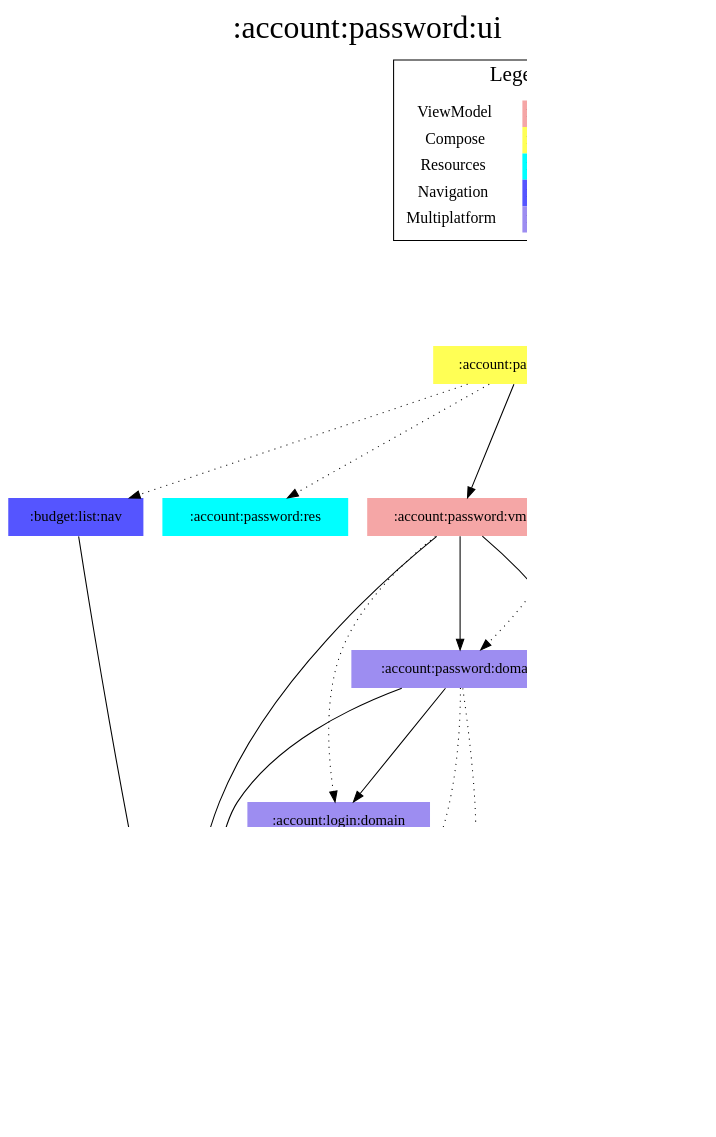
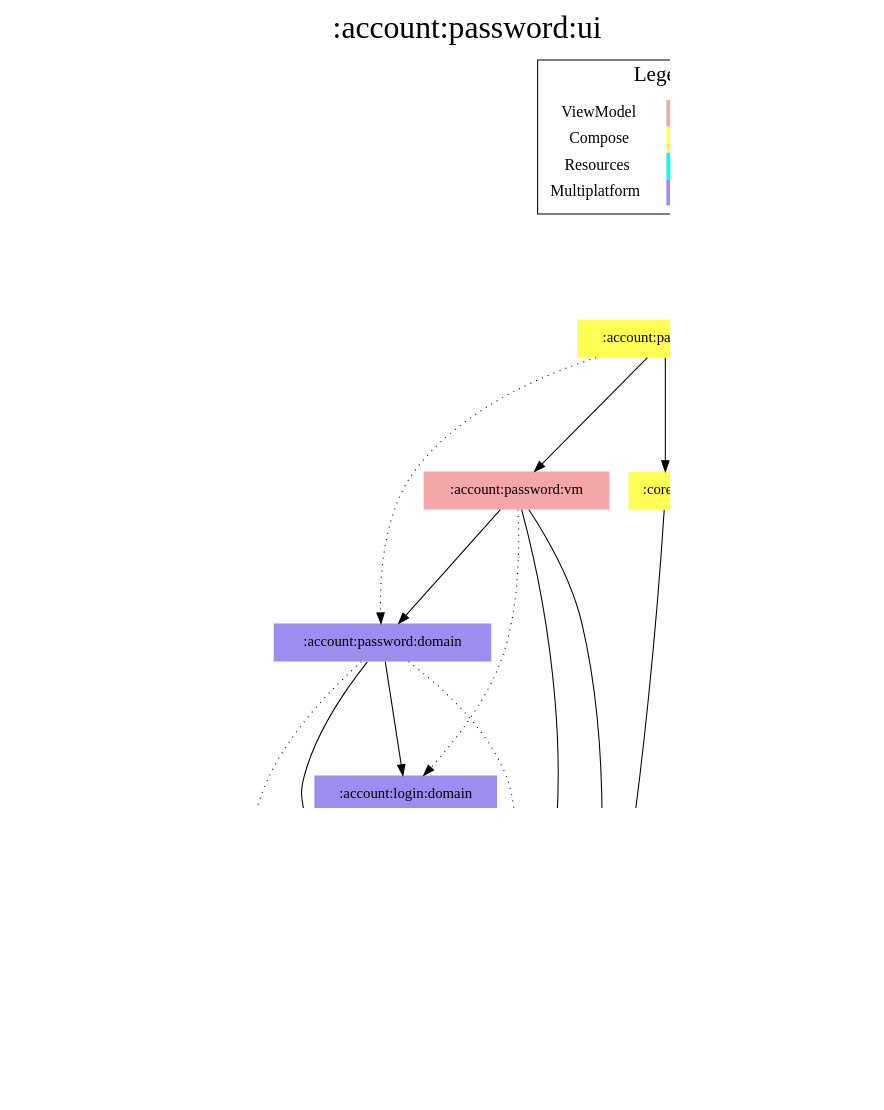
Before and after one commit to jonapoul/aktual: the diagram in modules/account/password/ui/modules.dot, drawn with Graphviz. The commit also changed 66 other files, not shown here.

```diff
--- a/modules/account/password/ui/modules.dot
+++ b/modules/account/password/ui/modules.dot
@@ -1,62 +1,58 @@
 digraph {
 edge ["dir"="forward"]
 graph ["dpi"="100","label"=":account:password:ui","labelloc"="t","fontsize"="30","ranksep"="1.5","rankdir"="TB"]
 node ["style"="filled"]
 ":account:login:domain" ["fillcolor"="#9D8DF1","shape"="none"]
 ":account:model" ["fillcolor"="#9D8DF1","shape"="none"]
 ":account:password:domain" ["fillcolor"="#9D8DF1","shape"="none"]
 ":account:password:res" ["fillcolor"="#00FFFF","shape"="none"]
 ":account:password:ui" ["fillcolor"="#FFFF55","shape"="none"]
 ":account:password:vm" ["fillcolor"="#F5A6A6","shape"="none"]
 ":api:actual" ["fillcolor"="#9D8DF1","shape"="none"]
-":budget:list:nav" ["fillcolor"="#5555FF","shape"="none"]
 ":budget:model" ["fillcolor"="#9D8DF1","shape"="none"]
 ":codegen:annotation" ["fillcolor"="#9D8DF1","shape"="none"]
 ":core:model" ["fillcolor"="#9D8DF1","shape"="none"]
 ":core:res" ["fillcolor"="#00FFFF","shape"="none"]
 ":core:ui" ["fillcolor"="#FFFF55","shape"="none"]
 ":prefs" ["fillcolor"="#9D8DF1","shape"="none"]
 {
 edge ["dir"="none"]
 graph ["rank"="same"]
 }
 ":account:login:domain" -> ":account:model"
 ":account:login:domain" -> ":api:actual" ["style"="dotted"]
 ":account:login:domain" -> ":prefs" ["style"="dotted"]
 ":account:password:domain" -> ":account:login:domain"
 ":account:password:domain" -> ":account:model"
 ":account:password:domain" -> ":api:actual" ["style"="dotted"]
 ":account:password:domain" -> ":prefs" ["style"="dotted"]
 ":account:password:ui" -> ":account:password:domain" ["style"="dotted"]
 ":account:password:ui" -> ":account:password:res" ["style"="dotted"]
 ":account:password:ui" -> ":account:password:vm"
-":account:password:ui" -> ":budget:list:nav" ["style"="dotted"]
 ":account:password:ui" -> ":core:res" ["style"="dotted"]
 ":account:password:ui" -> ":core:ui"
 ":account:password:vm" -> ":account:login:domain" ["style"="dotted"]
 ":account:password:vm" -> ":account:model"
 ":account:password:vm" -> ":account:password:domain"
 ":account:password:vm" -> ":core:model"
 ":api:actual" -> ":account:model"
 ":api:actual" -> ":budget:model"
 ":api:actual" -> ":codegen:annotation" ["style"="dotted"]
 ":api:actual" -> ":core:model"
-":budget:list:nav" -> ":account:model"
 ":core:ui" -> ":core:model"
 ":core:ui" -> ":core:res" ["style"="dotted"]
 ":prefs" -> ":account:model"
 ":prefs" -> ":core:model"
 subgraph "cluster_legend" {
 edge ["dir"="none"]
 graph ["label"="Legend","fontsize"="20"]
 "Legend" ["style"="filled","fillcolor"="#FFFFFF","shape"="none","margin"="0","fontsize"="15","label"=<
 <TABLE BORDER="0" CELLBORDER="0" CELLSPACING="0" CELLPADDING="4">
 <TR><TD>ViewModel</TD><TD BGCOLOR="#F5A6A6">module-name</TD></TR>
 <TR><TD>Compose</TD><TD BGCOLOR="#FFFF55">module-name</TD></TR>
 <TR><TD>Resources</TD><TD BGCOLOR="#00FFFF">module-name</TD></TR>
-<TR><TD>Navigation</TD><TD BGCOLOR="#5555FF">module-name</TD></TR>
 <TR><TD>Multiplatform</TD><TD BGCOLOR="#9D8DF1">module-name</TD></TR>
 </TABLE>
 >]
 } -> ":account:password:ui" ["style"="invis"]
 }
```
